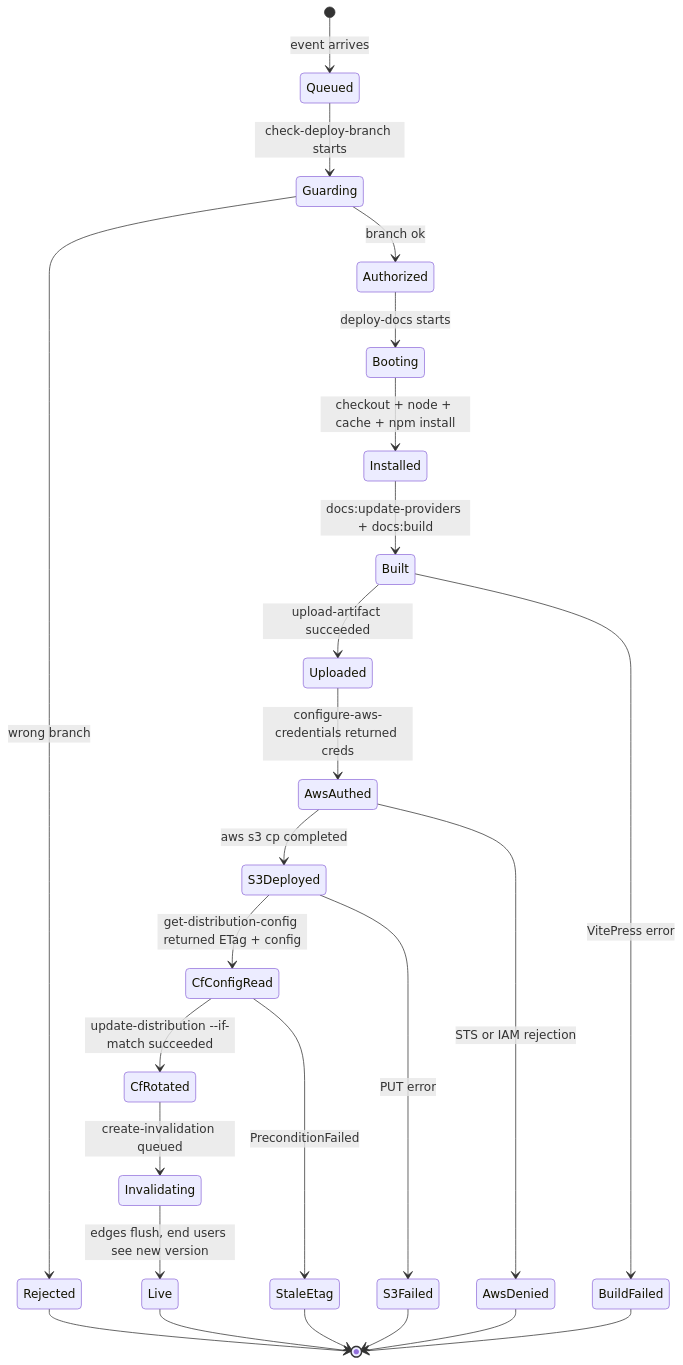
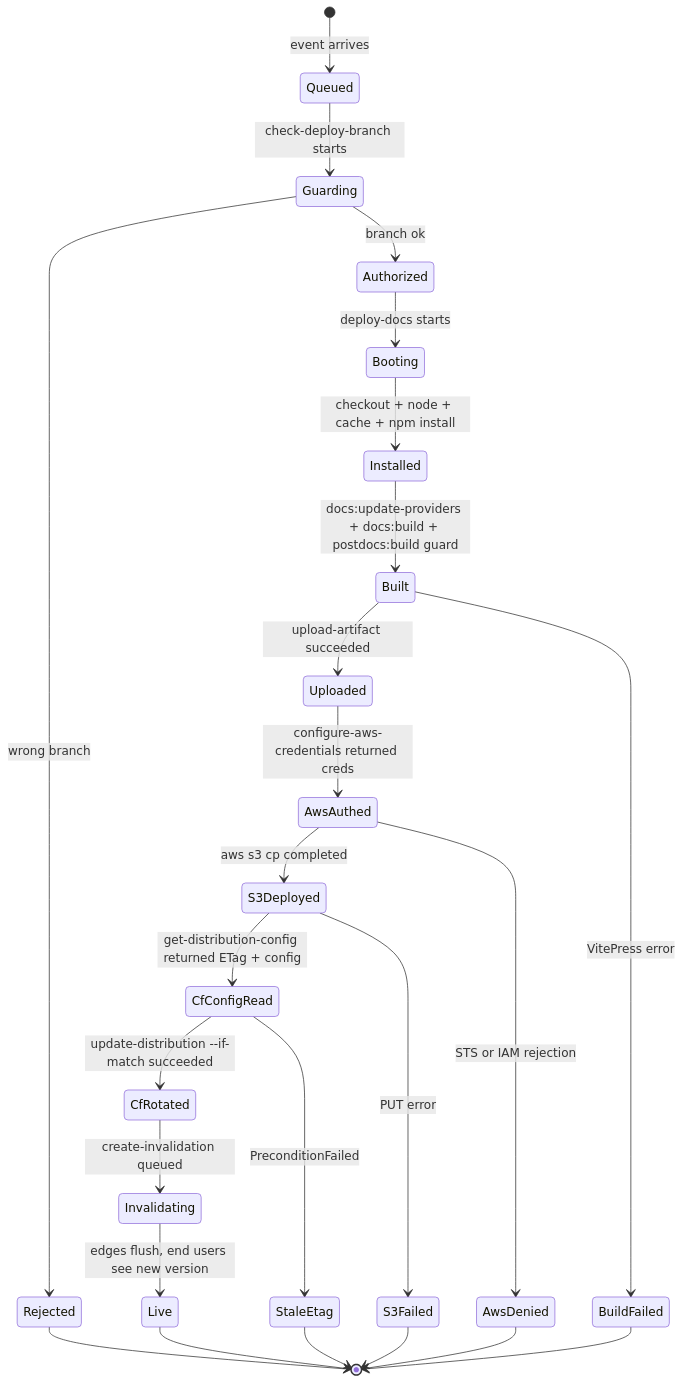
Diagram 11 of 13 in .github/docs/DEPLOY_DOCS_DEEP_DIVE.md (llm-exe/llm-exe), drawn with Mermaid before and after one commit. The commit also changed other lines of this file and 3 other files, not shown here.

Commit message:
docs: sync docs-build deep dives after package.json postdocs:build change

````diff
--- a/.github/docs/DEPLOY_DOCS_DEEP_DIVE.md
+++ b/.github/docs/DEPLOY_DOCS_DEEP_DIVE.md
@@ -452,27 +454,27 @@
 ```mermaid
 stateDiagram-v2
     [*] --> Queued: event arrives
     Queued --> Guarding: check-deploy-branch starts
     Guarding --> Rejected: wrong branch
     Guarding --> Authorized: branch ok
     Authorized --> Booting: deploy-docs starts
     Booting --> Installed: checkout + node + cache + npm install
-    Installed --> Built: docs:update-providers + docs:build
+    Installed --> Built: docs:update-providers + docs:build + postdocs:build guard
     Built --> Uploaded: upload-artifact succeeded
     Uploaded --> AwsAuthed: configure-aws-credentials returned creds
     AwsAuthed --> S3Deployed: aws s3 cp completed
     S3Deployed --> CfConfigRead: get-distribution-config returned ETag + config
     CfConfigRead --> CfRotated: update-distribution --if-match succeeded
     CfRotated --> Invalidating: create-invalidation queued
     Invalidating --> Live: edges flush, end users see new version
     Built --> BuildFailed: VitePress error
     AwsAuthed --> AwsDenied: STS or IAM rejection
     S3Deployed --> S3Failed: PUT error
     CfConfigRead --> StaleEtag: PreconditionFailed
     BuildFailed --> [*]
     AwsDenied --> [*]
     S3Failed --> [*]
     StaleEtag --> [*]
     Rejected --> [*]
     Live --> [*]
 ```
````
